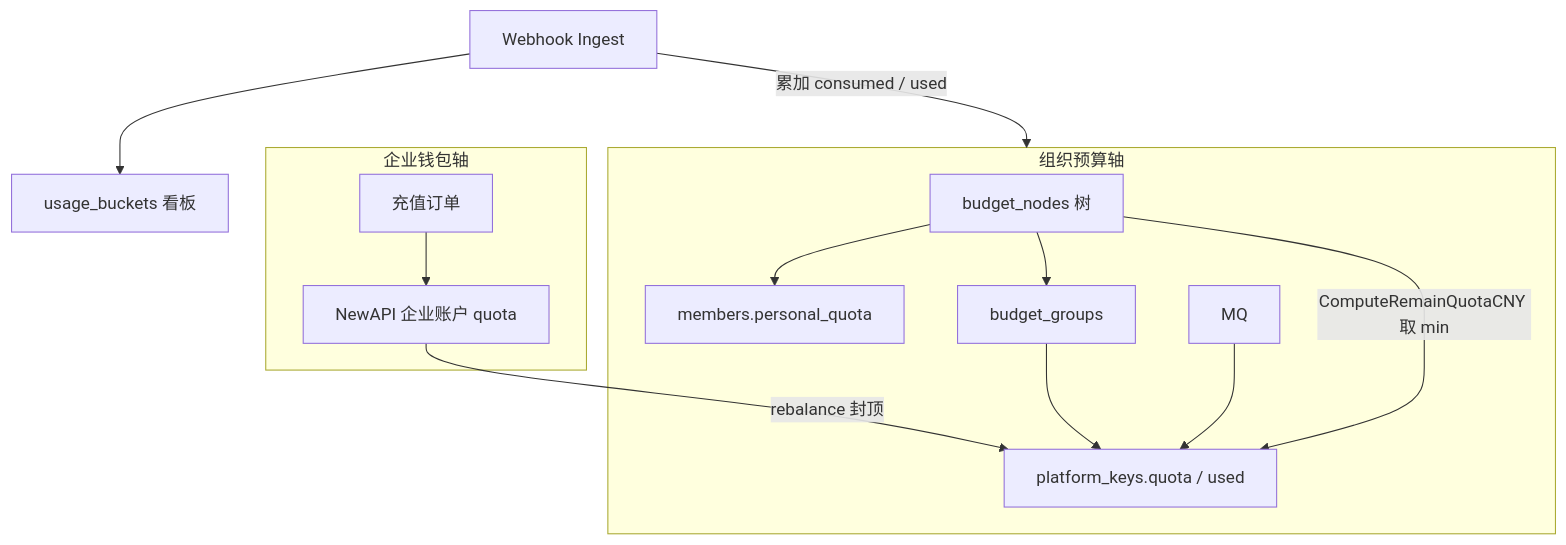
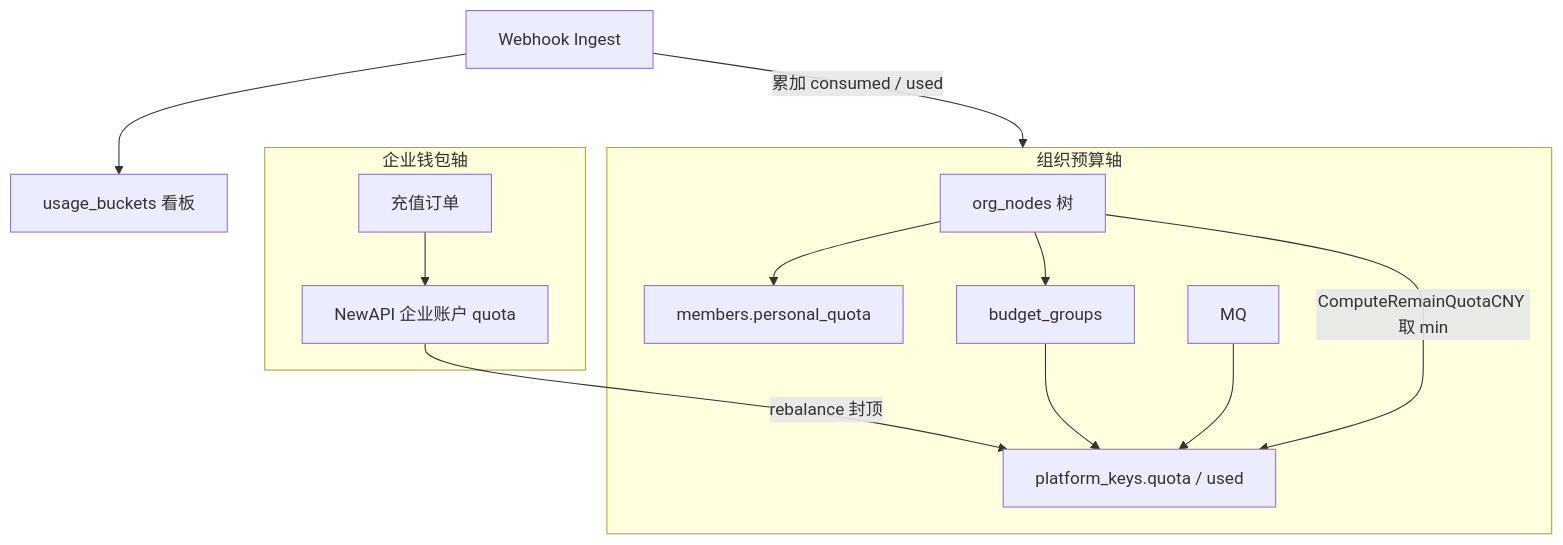
The first of 5 diagrams in docs/Backend-预算运作.md (quyip8818/mytokenjoy), drawn with Mermaid before and after one commit. The commit also changed other lines of this file and 132 other files, not shown here.

````diff
--- a/docs/Backend-预算运作.md
+++ b/docs/Backend-预算运作.md
@@ -23,18 +23,18 @@
 ```mermaid
 flowchart TB
   subgraph wallet [企业钱包轴]
     RCH[充值订单] --> NA_W[NewAPI 企业账户 quota]
   end
 
   subgraph org [组织预算轴]
-    BT[budget_nodes 树] --> MEM[members.personal_quota]
+    BT[org_nodes 树] --> MEM[members.personal_quota]
     BT --> BG[budget_groups]
     MQ --> PK[platform_keys.quota / used]
     BG --> PK
   end
 
   NA_W -->|rebalance 封顶| PK
   BT -->|ComputeRemainQuotaCNY 取 min| PK
   ING[Webhook Ingest] -->|累加 consumed / used| org
   ING --> UB[usage_buckets 看板]
 ```
````
